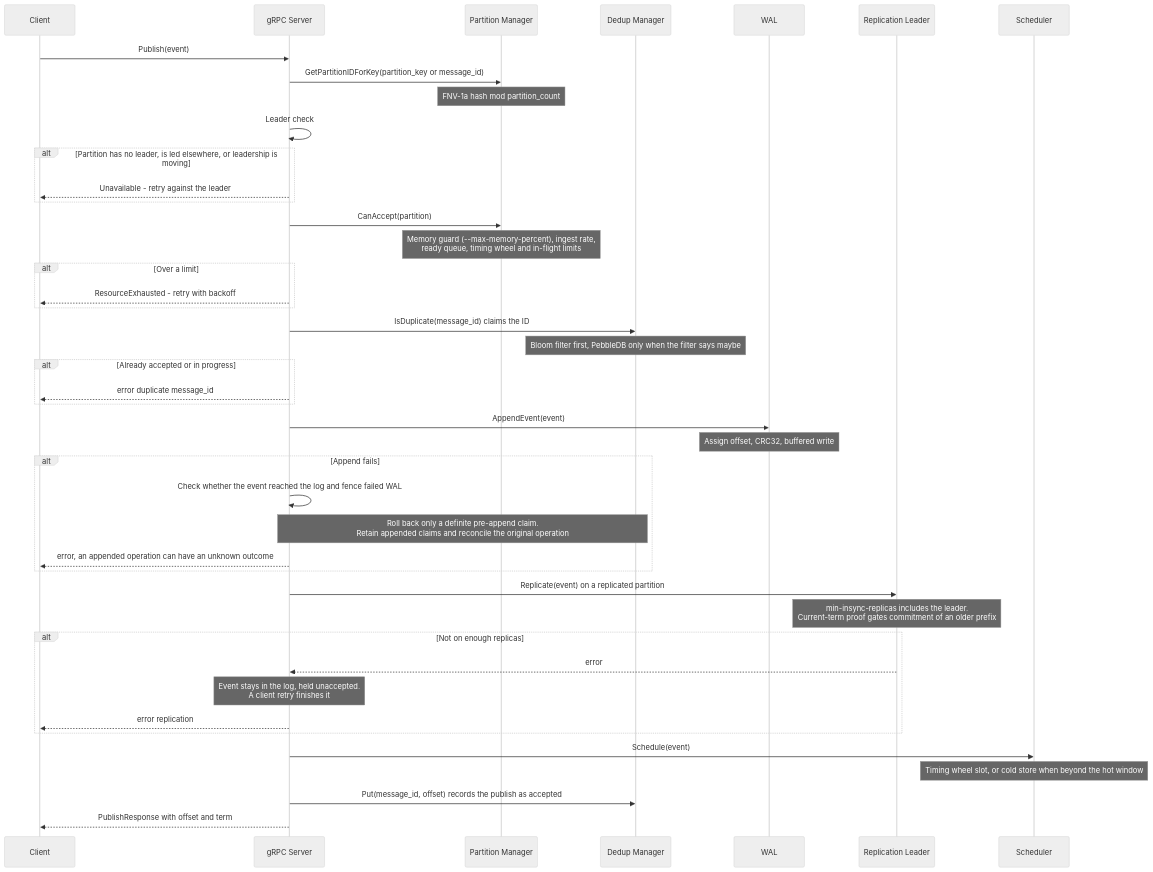
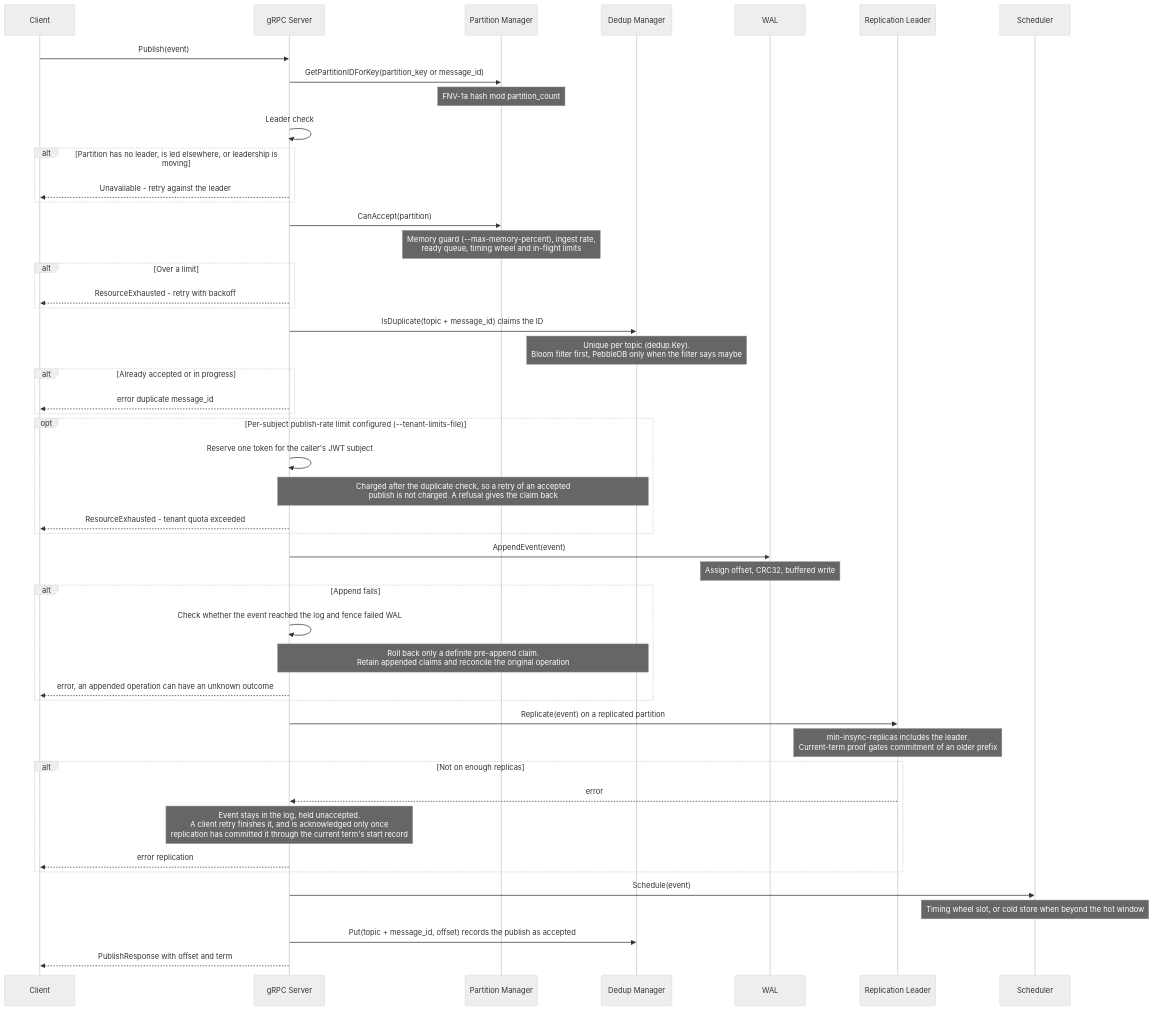
One commit to jatin711-debug/cronos_db_golang changed the fourth of 47 diagrams in ARCHITECTURE.md. Above: the diagram before and after it, drawn with Mermaid (neutral theme). The commit also changed other lines of this file and 28 other files, not shown here.

First line of the commit message:
docs: bring architecture, feature, design and contributor docs up to v0.11.0

````diff
--- a/ARCHITECTURE.md
+++ b/ARCHITECTURE.md
@@ -198,52 +200,58 @@
 ```mermaid
 sequenceDiagram
     participant Client
     participant gRPC as gRPC Server
     participant PM as Partition Manager
     participant DD as Dedup Manager
     participant WAL as WAL
     participant REPL as Replication Leader
     participant SCH as Scheduler
 
     Client->>gRPC: Publish(event)
     gRPC->>PM: GetPartitionIDForKey(partition_key or message_id)
     Note over PM: FNV-1a hash mod partition_count
 
     gRPC->>gRPC: Leader check
     alt Partition has no leader, is led elsewhere, or leadership is moving
         gRPC-->>Client: Unavailable - retry against the leader
     end
 
     gRPC->>PM: CanAccept(partition)
     Note over PM: Memory guard (--max-memory-percent), ingest rate,<br/>ready queue, timing wheel and in-flight limits
     alt Over a limit
         gRPC-->>Client: ResourceExhausted - retry with backoff
     end
 
-    gRPC->>DD: IsDuplicate(message_id) claims the ID
-    Note over DD: Bloom filter first, PebbleDB only when the filter says maybe
+    gRPC->>DD: IsDuplicate(topic + message_id) claims the ID
+    Note over DD: Unique per topic (dedup.Key).<br/>Bloom filter first, PebbleDB only when the filter says maybe
     alt Already accepted or in progress
         gRPC-->>Client: error duplicate message_id
+    end
+
+    opt Per-subject publish-rate limit configured (--tenant-limits-file)
+        gRPC->>gRPC: Reserve one token for the caller's JWT subject
+        Note over gRPC,DD: Charged after the duplicate check, so a retry of an accepted<br/>publish is not charged. A refusal gives the claim back
+        gRPC-->>Client: ResourceExhausted - tenant quota exceeded
     end
 
     gRPC->>WAL: AppendEvent(event)
     Note over WAL: Assign offset, CRC32, buffered write
     alt Append fails
         gRPC->>gRPC: Check whether the event reached the log and fence failed WAL
         Note over gRPC,DD: Roll back only a definite pre-append claim.<br/>Retain appended claims and reconcile the original operation
         gRPC-->>Client: error, an appended operation can have an unknown outcome
     end
 
     gRPC->>REPL: Replicate(event) on a replicated partition
     Note over REPL: min-insync-replicas includes the leader.<br/>Current-term proof gates commitment of an older prefix
     alt Not on enough replicas
         REPL-->>gRPC: error
-        Note over gRPC: Event stays in the log, held unaccepted.<br/>A client retry finishes it
+        Note over gRPC: Event stays in the log, held unaccepted.<br/>A client retry finishes it, and is acknowledged only once<br/>replication has committed it through the current term's start record
         gRPC-->>Client: error replication
     end
 
     gRPC->>SCH: Schedule(event)
     Note over SCH: Timing wheel slot, or cold store when beyond the hot window
-    gRPC->>DD: Put(message_id, offset) records the publish as accepted
+    gRPC->>DD: Put(topic + message_id, offset) records the publish as accepted
     gRPC-->>Client: PublishResponse with offset and term
 ```
````
